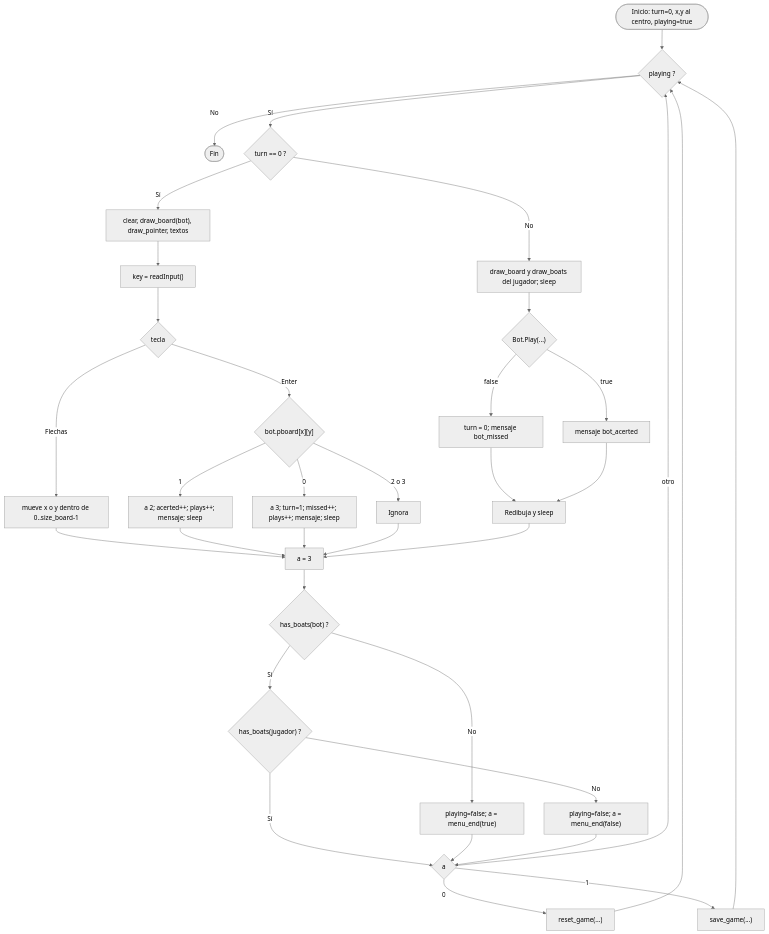
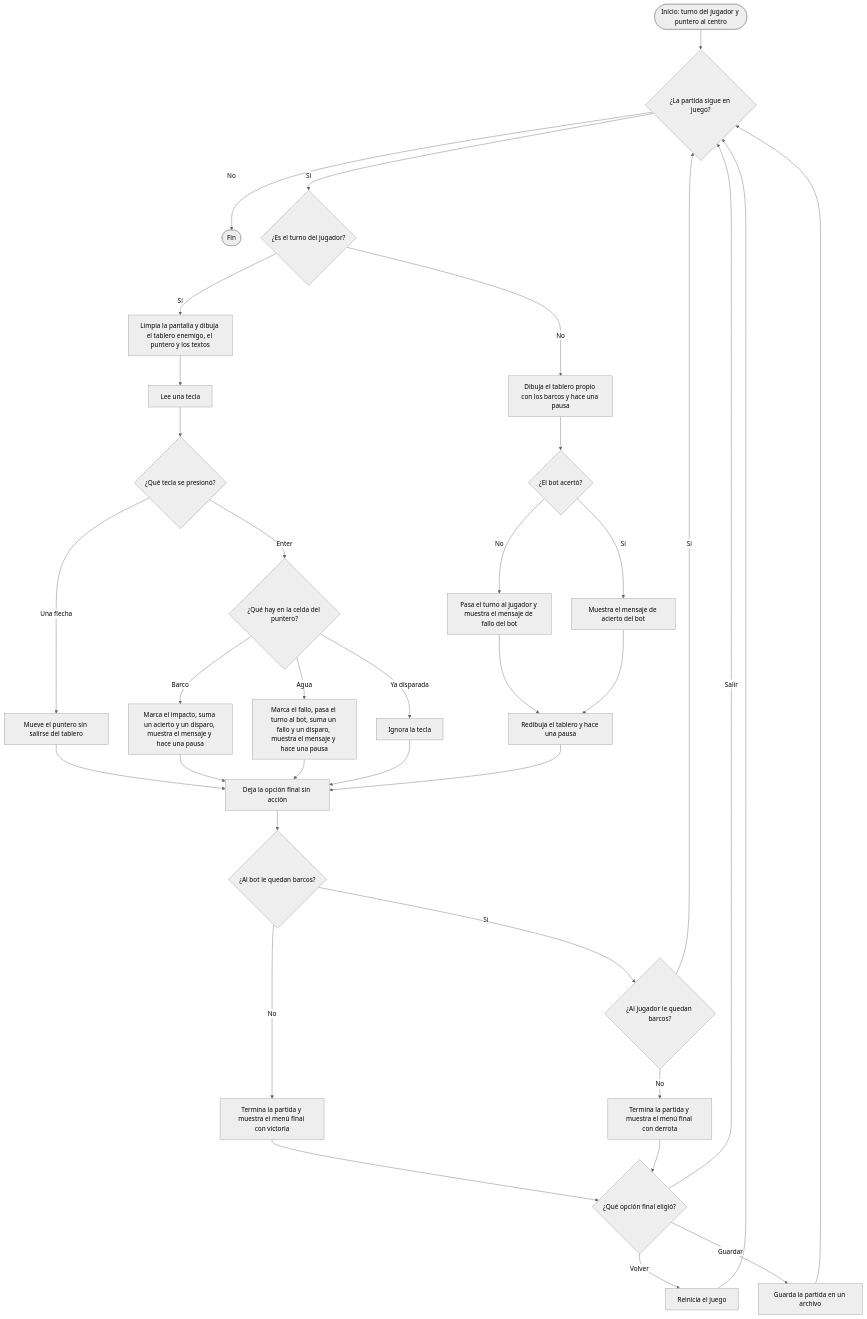
The ninth of 33 diagrams in README.md (8ismel6/1MD-ProyectoFinal), drawn with Mermaid (neutral theme) before and after one commit. The commit also changed other lines of this file and 1 other file, not shown here.

````diff
--- a/README.md
+++ b/README.md
@@ -456,37 +451,37 @@
 ```mermaid
 flowchart TD
-A(["Inicio: turn=0, x,y al centro, playing=true"]) --> B{"playing ?"}
+A(["Inicio: turno del jugador y puntero al centro"]) --> B{"¿La partida sigue en juego?"}
 B -- "No" --> Z(["Fin"])
-B -- "Sí" --> C{"turn == 0 ?"}
-C -- "Sí" --> D["clear, draw_board(bot), draw_pointer, textos"]
-D --> E["key = readInput()"]
-E --> F{"tecla"}
-F -- "Flechas" --> F1["mueve x o y dentro de 0..size_board-1"]
-F -- "Enter" --> G{"bot.pboard[x][y]"}
-G -- "1" --> G1["a 2; acerted++; plays++; mensaje; sleep"]
-G -- "0" --> G2["a 3; turn=1; missed++; plays++; mensaje; sleep"]
-G -- "2 o 3" --> G3["Ignora"]
-C -- "No" --> H["draw_board y draw_boats del jugador; sleep"]
-H --> I{"Bot.Play(...)"}
-I -- "false" --> I1["turn = 0; mensaje bot_missed"]
-I -- "true" --> I2["mensaje bot_acerted"]
-I1 --> J["Redibuja y sleep"]
+B -- "Sí" --> C{"¿Es el turno del jugador?"}
+C -- "Sí" --> D["Limpia la pantalla y dibuja el tablero enemigo, el puntero y los textos"]
+D --> E["Lee una tecla"]
+E --> F{"¿Qué tecla se presionó?"}
+F -- "Una flecha" --> F1["Mueve el puntero sin salirse del tablero"]
+F -- "Enter" --> G{"¿Qué hay en la celda del puntero?"}
+G -- "Barco" --> G1["Marca el impacto, suma un acierto y un disparo, muestra el mensaje y hace una pausa"]
+G -- "Agua" --> G2["Marca el fallo, pasa el turno al bot, suma un fallo y un disparo, muestra el mensaje y hace una pausa"]
+G -- "Ya disparada" --> G3["Ignora la tecla"]
+C -- "No" --> H["Dibuja el tablero propio con los barcos y hace una pausa"]
+H --> I{"¿El bot acertó?"}
+I -- "No" --> I1["Pasa el turno al jugador y muestra el mensaje de fallo del bot"]
+I -- "Sí" --> I2["Muestra el mensaje de acierto del bot"]
+I1 --> J["Redibuja el tablero y hace una pausa"]
 I2 --> J
-F1 --> K
+F1 --> K["Deja la opción final sin acción"]
 G1 --> K
 G2 --> K
 G3 --> K
-J --> K["a = 3"]
-K --> L{"has_boats(bot) ?"}
-L -- "No" --> L1["playing=false; a = menu_end(true)"]
-L -- "Sí" --> M{"has_boats(jugador) ?"}
-M -- "No" --> M1["playing=false; a = menu_end(false)"]
-M -- "Sí" --> N
-L1 --> N{"a"}
+J --> K
+K --> L{"¿Al bot le quedan barcos?"}
+L -- "No" --> L1["Termina la partida y muestra el menú final con victoria"]
+L -- "Sí" --> M{"¿Al jugador le quedan barcos?"}
+M -- "No" --> M1["Termina la partida y muestra el menú final con derrota"]
+M -- "Sí" --> B
+L1 --> N{"¿Qué opción final eligió?"}
 M1 --> N
-N -- "0" --> N1["reset_game(...)"]
-N -- "1" --> N2["save_game(...)"]
-N -- "otro" --> B
+N -- "Volver" --> N1["Reinicia el juego"]
+N -- "Guardar" --> N2["Guarda la partida en un archivo"]
+N -- "Salir" --> B
 N1 --> B
 N2 --> B
 ```
````
